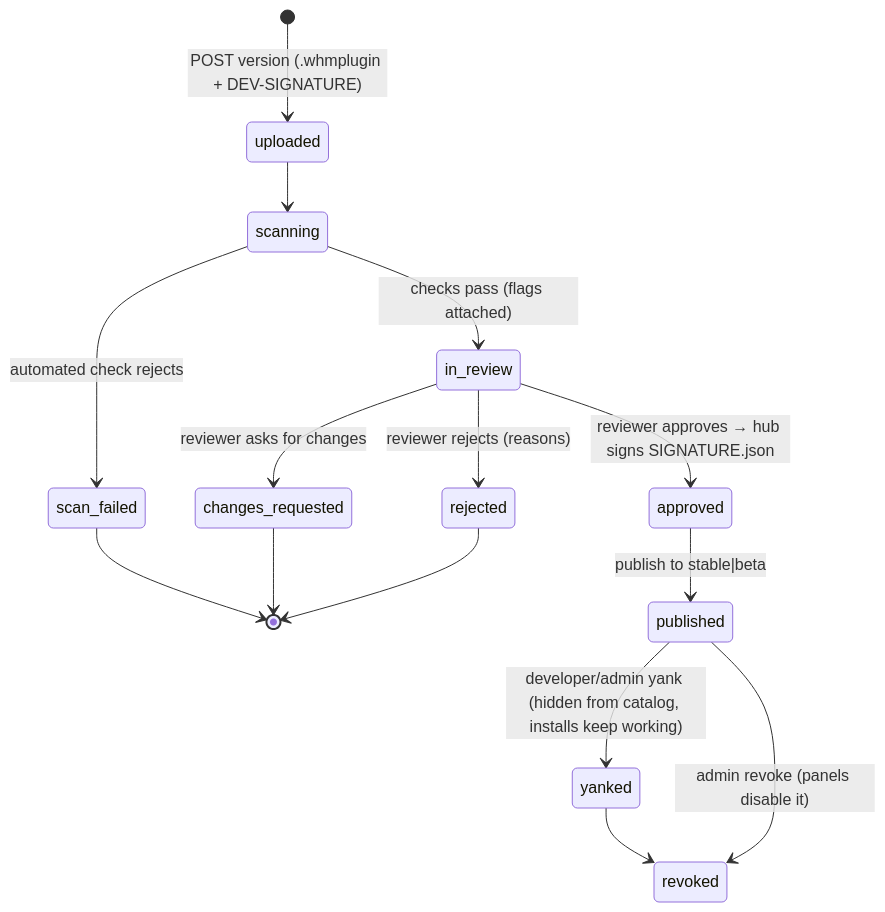
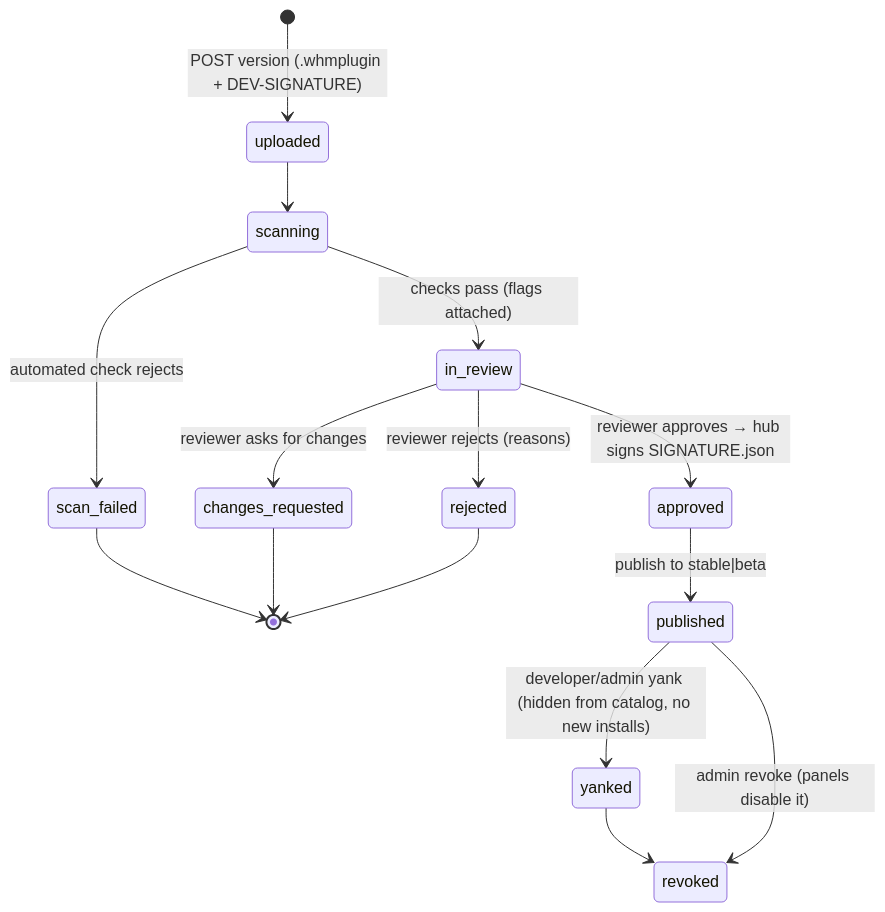
Before and after one commit to sxi9/whm: the second of 2 diagrams in docs/design/marketplace.md, drawn with Mermaid. The commit also changed other lines of this file and 1 other file, not shown here.

````diff
--- a/docs/design/marketplace.md
+++ b/docs/design/marketplace.md
@@ -187,17 +268,17 @@
 ```mermaid
 stateDiagram-v2
   [*] --> uploaded: POST version (.whmplugin + DEV-SIGNATURE)
   uploaded --> scanning
   scanning --> scan_failed: automated check rejects
   scanning --> in_review: checks pass (flags attached)
   in_review --> changes_requested: reviewer asks for changes
   in_review --> rejected: reviewer rejects (reasons)
   in_review --> approved: reviewer approves → hub signs SIGNATURE.json
   approved --> published: publish to stable|beta
-  published --> yanked: developer/admin yank (hidden from catalog, installs keep working)
+  published --> yanked: developer/admin yank (hidden from catalog, no new installs)
   published --> revoked: admin revoke (panels disable it)
   yanked --> revoked
   scan_failed --> [*]
   changes_requested --> [*]
   rejected --> [*]
 ```
````
